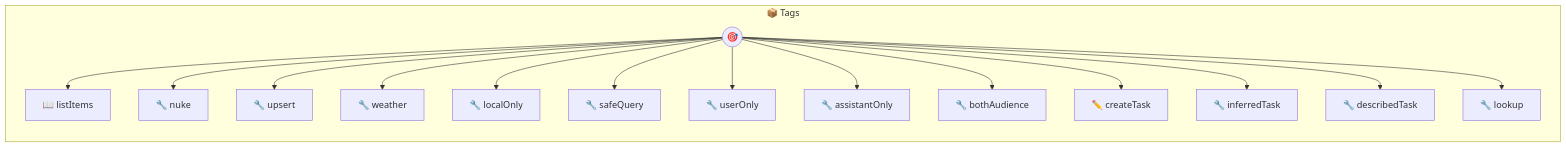
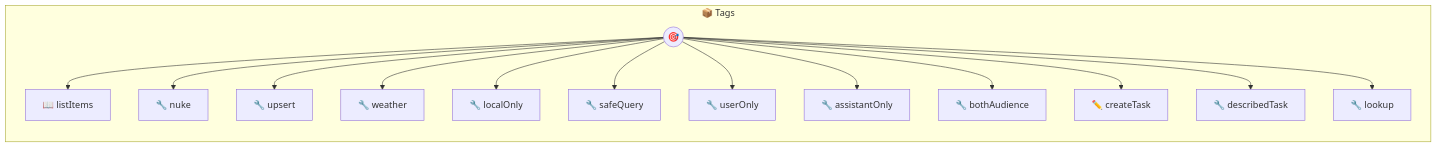
One commit to portel-dev/photons changed the diagram in tags.md. Above: the diagram before and after it, drawn with Mermaid. The commit also changed other lines of this file and 3 other files, not shown here.

````diff
--- a/tags.md
+++ b/tags.md
@@ -190,33 +178,31 @@
 ```mermaid
 flowchart LR
     subgraph tags["📦 Tags"]
         direction TB
         PHOTON((🎯))
         T0[📖 listItems]
         PHOTON --> T0
         T1[🔧 nuke]
         PHOTON --> T1
         T2[🔧 upsert]
         PHOTON --> T2
         T3[🔧 weather]
         PHOTON --> T3
         T4[🔧 localOnly]
         PHOTON --> T4
         T5[🔧 safeQuery]
         PHOTON --> T5
         T6[🔧 userOnly]
         PHOTON --> T6
         T7[🔧 assistantOnly]
         PHOTON --> T7
         T8[🔧 bothAudience]
         PHOTON --> T8
         T9[✏️ createTask]
         PHOTON --> T9
-        T10[🔧 inferredTask]
+        T10[🔧 describedTask]
         PHOTON --> T10
-        T11[🔧 describedTask]
+        T11[🔧 lookup]
         PHOTON --> T11
-        T12[🔧 lookup]
-        PHOTON --> T12
     end
 ```
````
